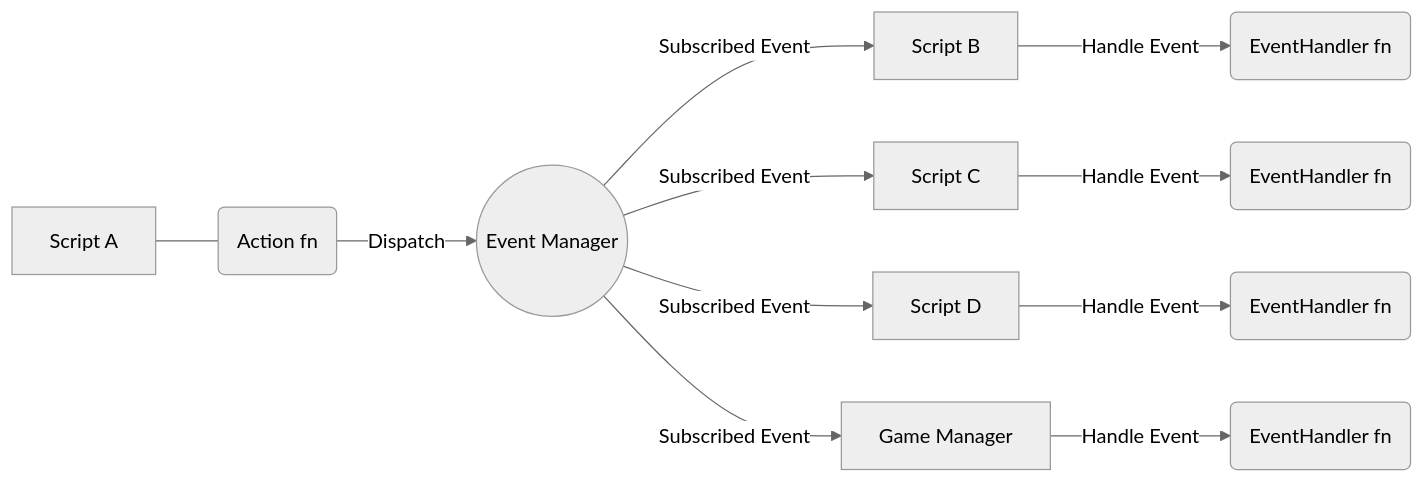
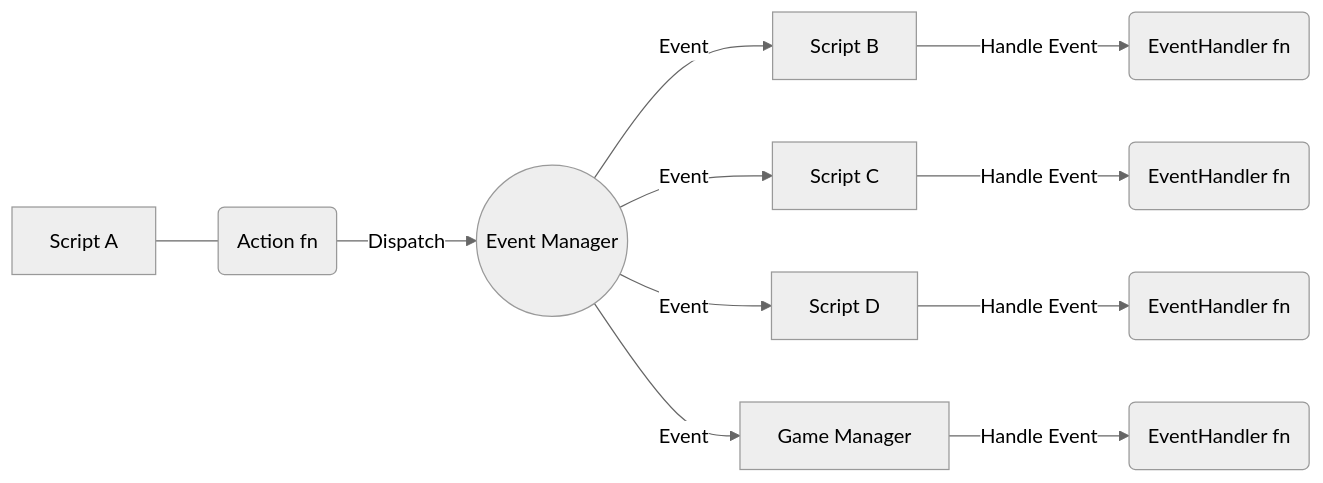
One commit to gsg-jay/GamePatterns changed the diagram in README.md. Above: the diagram before and after it, drawn with Mermaid (neutral theme).

````diff
--- a/README.md
+++ b/README.md
@@ -3,9 +3,9 @@
 ```mermaid
 graph LR;
 c0["Script A"]---a
 a("Action fn")-->|Dispatch|em(("Event Manager"))
-em-->|Subscribed Event|c1["Script B"]-->|Handle Event|eh1("EventHandler fn")
-em-->|Subscribed Event|c2["Script C"]-->|Handle Event|eh2("EventHandler fn")
-em-->|Subscribed Event|c3["Script D"]-->|Handle Event|eh3("EventHandler fn")
-em-->|Subscribed Event|gm["Game Manager"]-->|Handle Event|eh4("EventHandler fn")
+em-->|Event|c1["Script B"]-->|Handle Event|eh1("EventHandler fn")
+em-->|Event|c2["Script C"]-->|Handle Event|eh2("EventHandler fn")
+em-->|Event|c3["Script D"]-->|Handle Event|eh3("EventHandler fn")
+em-->|Event|gm["Game Manager"]-->|Handle Event|eh4("EventHandler fn")
 ```
````
